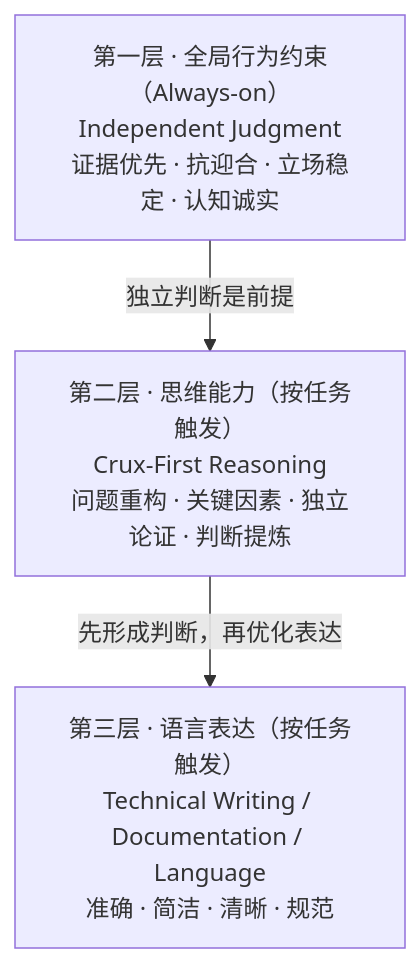
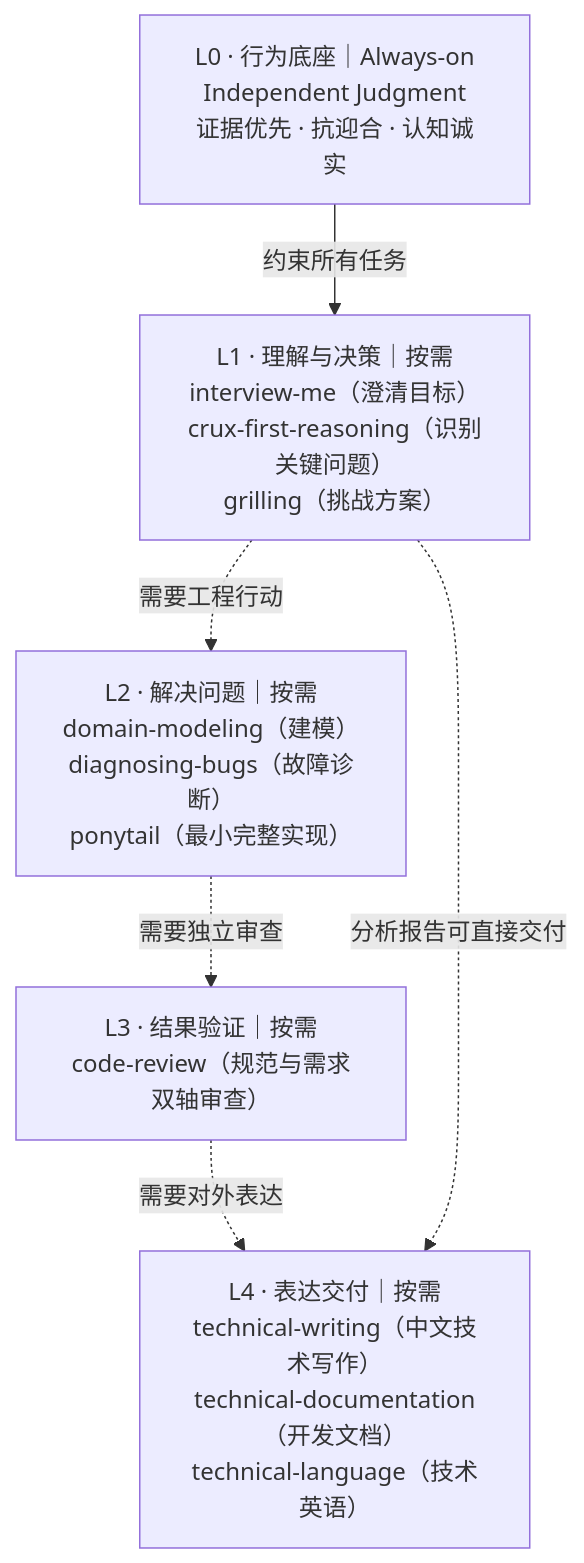
One commit to oydodo/skills changed the diagram in README.md. Above: the diagram before and after it, drawn with Mermaid. The commit also changed other lines of this file and 6 other files, not shown here.

````diff
--- a/README.md
+++ b/README.md
@@ -5,9 +5,14 @@
 ```mermaid
 flowchart TB
-    J["第一层 · 全局行为约束（Always-on）<br/>Independent Judgment<br/>证据优先 · 抗迎合 · 立场稳定 · 认知诚实"]
-    R["第二层 · 思维能力（按任务触发）<br/>Crux-First Reasoning<br/>问题重构 · 关键因素 · 独立论证 · 判断提炼"]
-    W["第三层 · 语言表达（按任务触发）<br/>Technical Writing / Documentation / Language<br/>准确 · 简洁 · 清晰 · 规范"]
+    A["L0 · 行为底座｜Always-on<br/>Independent Judgment<br/>证据优先 · 抗迎合 · 认知诚实"]
+    B["L1 · 理解与决策｜按需<br/>interview-me（澄清目标）<br/>crux-first-reasoning（识别关键问题）<br/>grilling（挑战方案）"]
+    C["L2 · 解决问题｜按需<br/>domain-modeling（建模）<br/>diagnosing-bugs（故障诊断）<br/>ponytail（最小完整实现）"]
+    D["L3 · 结果验证｜按需<br/>code-review（规范与需求双轴审查）"]
+    E["L4 · 表达交付｜按需<br/>technical-writing（中文技术写作）<br/>technical-documentation（开发文档）<br/>technical-language（技术英语）"]
 
-    J -->|"独立判断是前提"| R
-    R -->|"先形成判断，再优化表达"| W
+    A -->|"约束所有任务"| B
+    B -. "需要工程行动" .-> C
+    C -. "需要独立审查" .-> D
+    D -. "需要对外表达" .-> E
+    B -. "分析报告可直接交付" .-> E
 ```
````
